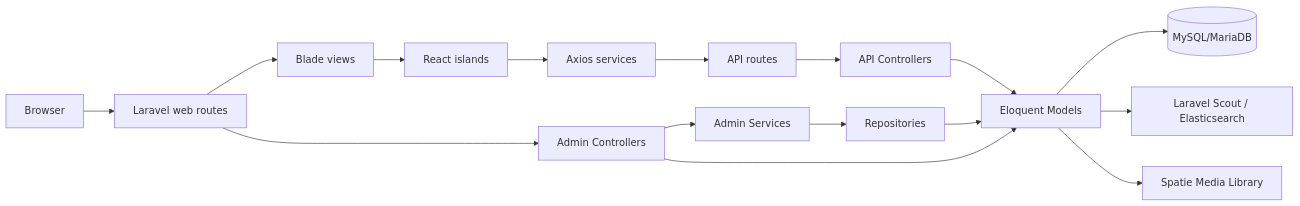
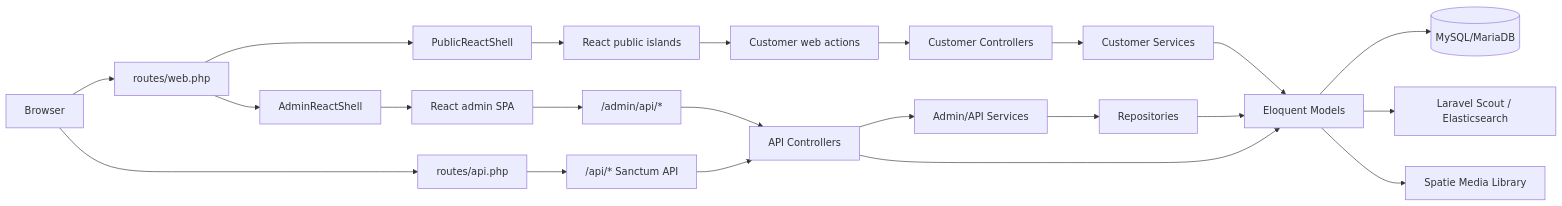
Before and after one commit to breakdown881/cosmetic-shop-react: the diagram in README.md, drawn with Mermaid. The commit also changed other lines of this file, not shown here.

````diff
--- a/README.md
+++ b/README.md
@@ -97,19 +85,29 @@
 ```mermaid
 flowchart LR
-    Browser["Browser"] --> WebRoutes["Laravel web routes"]
-    WebRoutes --> Blade["Blade views"]
-    Blade --> Islands["React islands"]
-    Islands --> Axios["Axios services"]
-    Axios --> ApiRoutes["API routes"]
+    Browser["Browser"] --> WebRoutes["routes/web.php"]
+    Browser --> ApiRoutes["routes/api.php"]
 
-    WebRoutes --> AdminControllers["Admin Controllers"]
-    ApiRoutes --> ApiControllers["API Controllers"]
-    AdminControllers --> Services["Admin Services"]
+    WebRoutes --> PublicShell["PublicReactShell"]
+    WebRoutes --> AdminShell["AdminReactShell"]
+    PublicShell --> PublicReact["React public islands"]
+    AdminShell --> AdminReact["React admin SPA"]
+
+    PublicReact --> WebActions["Customer web actions"]
+    AdminReact --> AdminApi["/admin/api/*"]
+    ApiRoutes --> ProtectedApi["/api/* Sanctum API"]
+
+    WebActions --> CustomerControllers["Customer Controllers"]
+    AdminApi --> ApiControllers["API Controllers"]
+    ProtectedApi --> ApiControllers
+
+    CustomerControllers --> CustomerServices["Customer Services"]
+    ApiControllers --> Services["Admin/API Services"]
     Services --> Repositories["Repositories"]
-    AdminControllers --> Models["Eloquent Models"]
+    CustomerServices --> Models["Eloquent Models"]
+    Repositories --> Models
     ApiControllers --> Models
-    Repositories --> Models
+
     Models --> DB[("MySQL/MariaDB")]
     Models --> Scout["Laravel Scout / Elasticsearch"]
     Models --> Media["Spatie Media Library"]
 ```
````
